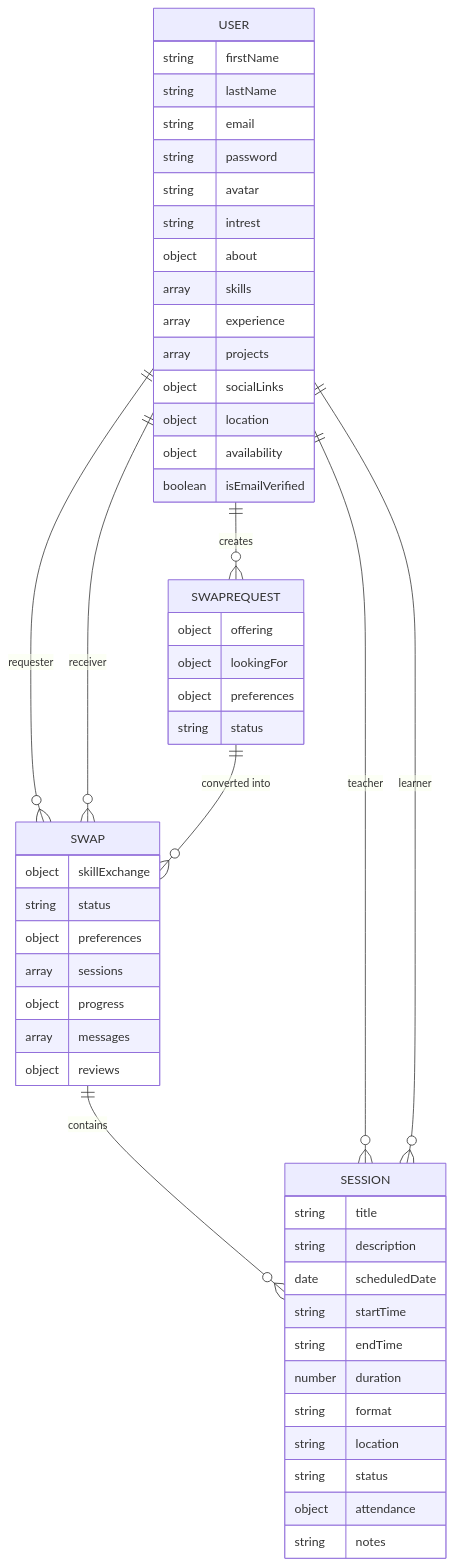
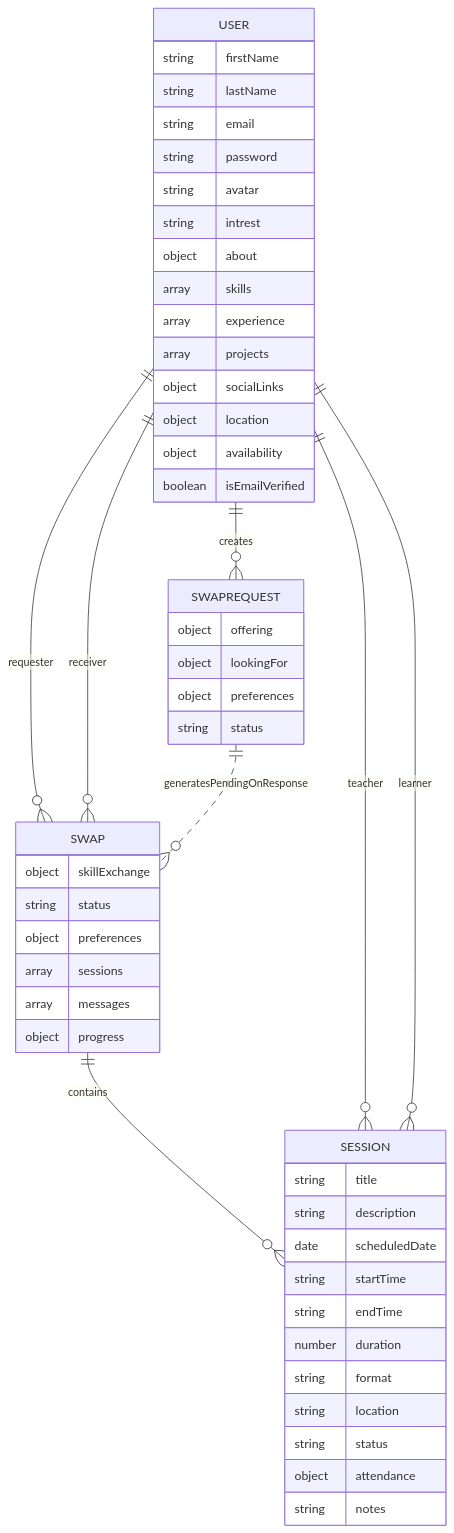
One commit to Saicharan-nukala/SkillSwap changed the first of 5 diagrams in README.md. Above: the diagram before and after it, drawn with Mermaid. The commit also changed other lines of this file, not shown here.

````diff
--- a/README.md
+++ b/README.md
@@ -429,58 +429,58 @@
 ```mermaid
 erDiagram
     USER {
         string firstName
         string lastName
         string email
         string password
         string avatar
         string intrest
         object about
         array skills
         array experience
         array projects
         object socialLinks
         object location
         object availability
         boolean isEmailVerified
     }
 
     SWAPREQUEST {
         object offering
         object lookingFor
         object preferences
         string status
     }
 
     SWAP {
         object skillExchange
         string status
         object preferences
         array sessions
+        array messages
         object progress
-        array messages
-        object reviews
     }
 
     SESSION {
         string title
         string description
         date scheduledDate
         string startTime
         string endTime
         number duration
         string format
         string location
         string status
         object attendance
         string notes
     }
 
     USER ||--o{ SWAPREQUEST : creates
     USER ||--o{ SWAP : requester
     USER ||--o{ SWAP : receiver
-    SWAPREQUEST ||--o{ SWAP : "converted into"
+    SWAPREQUEST ||..o{ SWAP : generatesPendingOnResponse
     SWAP ||--o{ SESSION : contains
     USER ||--o{ SESSION : teacher
     USER ||--o{ SESSION : learner
+
 ```
````
